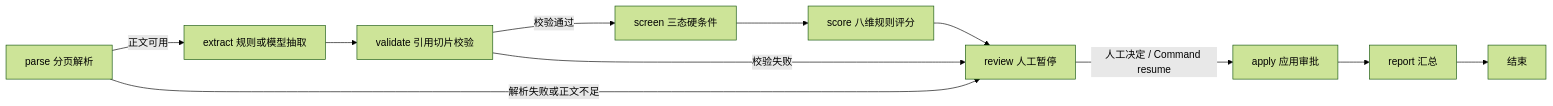
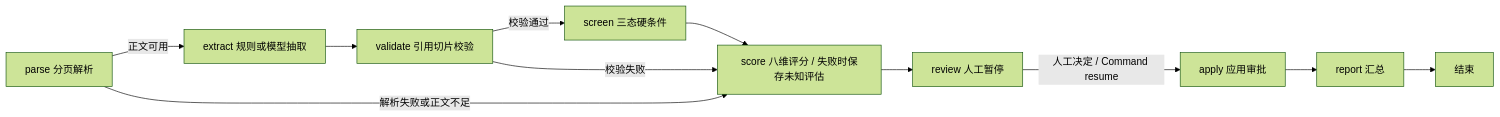
Before and after one commit to Yuan1433223/ResumeScreening: the first of 2 diagrams in docs/architecture.md, drawn with Mermaid (forest theme). The commit also changed other lines of this file and 10 other files, not shown here.

````diff
--- a/docs/architecture.md
+++ b/docs/architecture.md
@@ -24,13 +24,13 @@
 ```mermaid
 flowchart LR
     P[parse 分页解析] -->|正文可用| E[extract 规则或模型抽取]
     E --> V[validate 引用切片校验]
     V -->|校验通过| H[screen 三态硬条件]
-    H --> S[score 八维规则评分]
+    H --> S[score 八维评分 / 失败时保存未知评估]
     S --> R[review 人工暂停]
-    P -->|解析失败或正文不足| R
-    V -->|校验失败| R
+    P -->|解析失败或正文不足| S
+    V -->|校验失败| S
     R -->|人工决定 / Command resume| A[apply 应用审批]
     A --> O[report 汇总]
     O --> END[结束]
 ```
````
